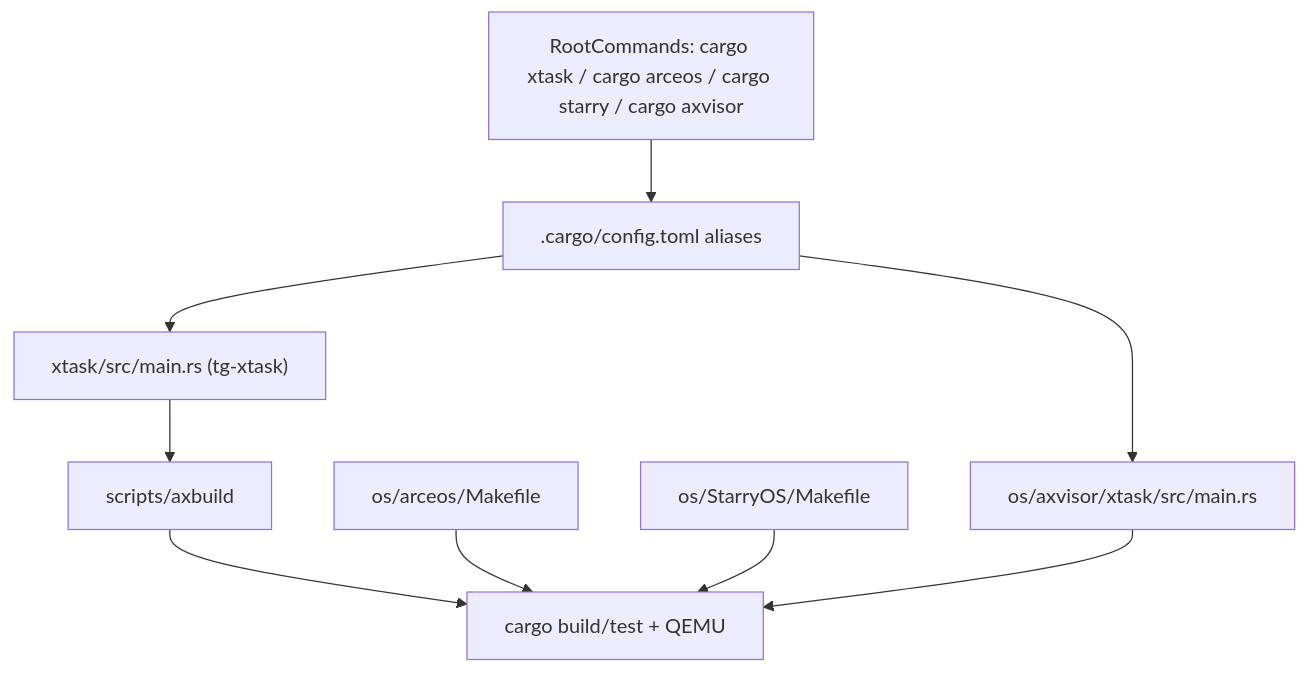
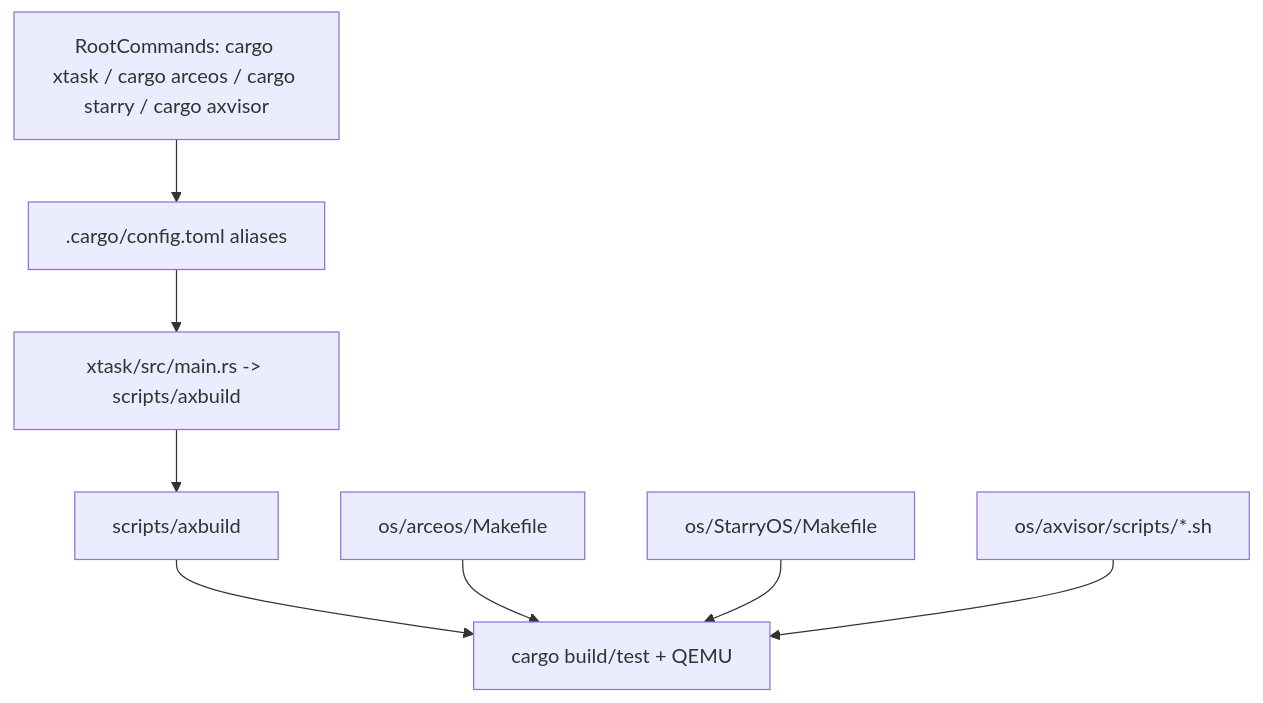
One commit to rcore-os/tgoskits changed the diagram in docs/build-system.md. Above: the diagram before and after it, drawn with Mermaid. The commit also changed other lines of this file and 28 other files, not shown here.

````diff
--- a/docs/build-system.md
+++ b/docs/build-system.md
@@ -9,20 +7,19 @@
 ```mermaid
 flowchart TD
     RootCmd["RootCommands: cargo xtask / cargo arceos / cargo starry / cargo axvisor"]
     RootAlias[".cargo/config.toml aliases"]
-    TgXtask["xtask/src/main.rs (tg-xtask)"]
-    AxvisorXtask["os/axvisor/xtask/src/main.rs"]
+    TgXtask["xtask/src/main.rs -> scripts/axbuild"]
     Axbuild["scripts/axbuild"]
+    AxvisorScripts["os/axvisor/scripts/*.sh"]
     ArceosMake["os/arceos/Makefile"]
     StarryMake["os/StarryOS/Makefile"]
     CargoQemu["cargo build/test + QEMU"]
 
     RootCmd --> RootAlias
     RootAlias --> TgXtask
-    RootAlias --> AxvisorXtask
     TgXtask --> Axbuild
     Axbuild --> CargoQemu
     ArceosMake --> CargoQemu
     StarryMake --> CargoQemu
-    AxvisorXtask --> CargoQemu
+    AxvisorScripts --> CargoQemu
 ```
````
